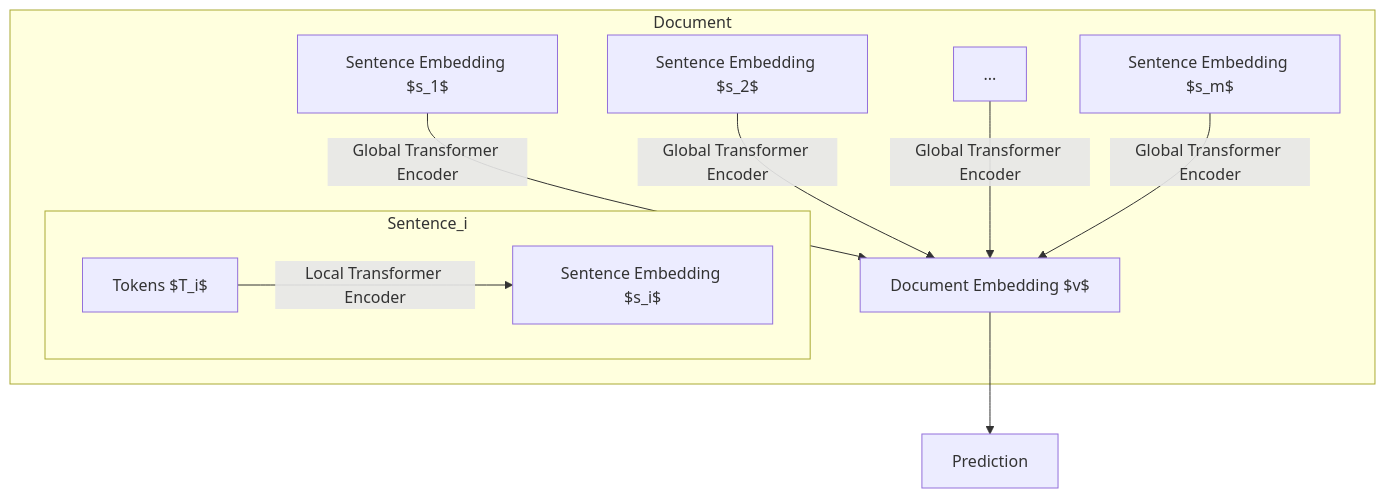
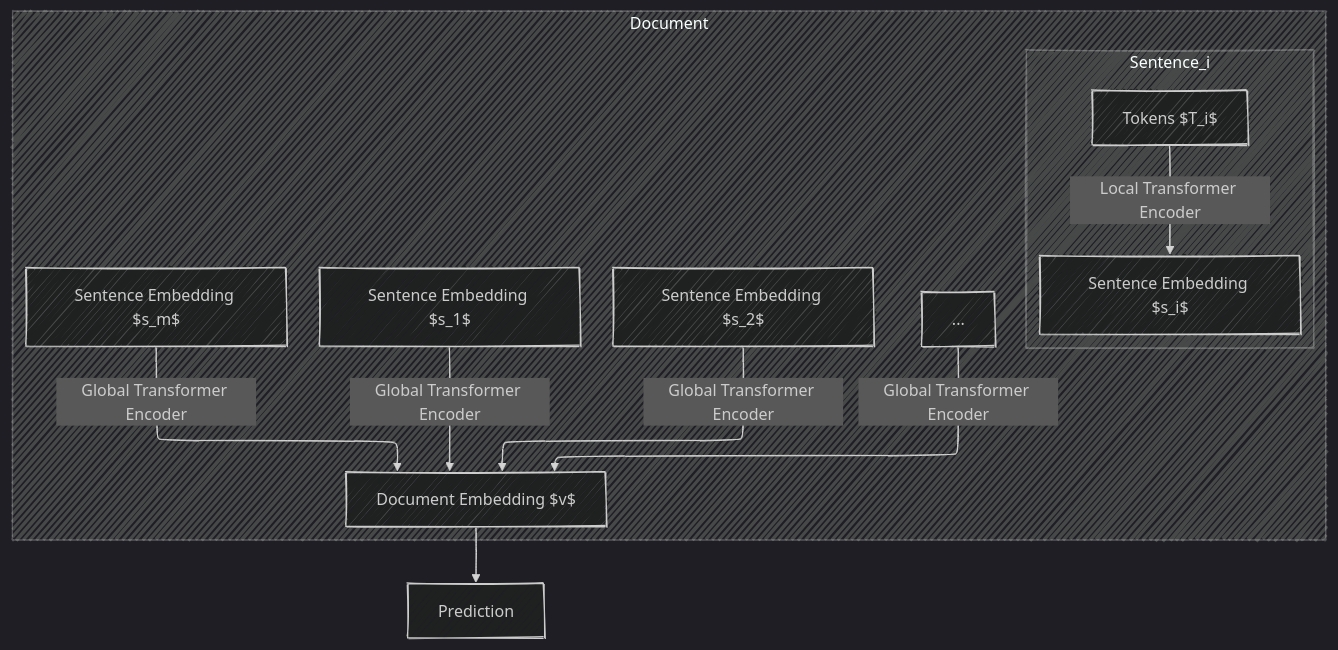
Before and after one commit to CongLeSolutionX/AlgoVerse: the third of 3 diagrams in The_Golden_Nugget/Hierarchical_Encoding_in_NLP.md, drawn with Mermaid. The commit also changed other lines of this file, not shown here.

````diff
--- a/The_Golden_Nugget/Hierarchical_Encoding_in_NLP.md
+++ b/The_Golden_Nugget/Hierarchical_Encoding_in_NLP.md
@@ -251,14 +257,20 @@
 ```mermaid
+---
+config:
+  layout: elk
+  look: handDrawn
+  theme: dark
+---
 flowchart TD
     subgraph Document
         subgraph Sentence_i
             Tokens_i[Tokens $T_i$] --> |Local Transformer Encoder| s_i[Sentence Embedding $s_i$]
         end
         s_1[Sentence Embedding $s_1$]
         s_2[Sentence Embedding $s_2$]
         ...
         s_m[Sentence Embedding $s_m$]
         s_1 & s_2 & ... & s_m --> |Global Transformer Encoder| v[Document Embedding $v$]
     end
     v --> Output[Prediction]
 ```
````
